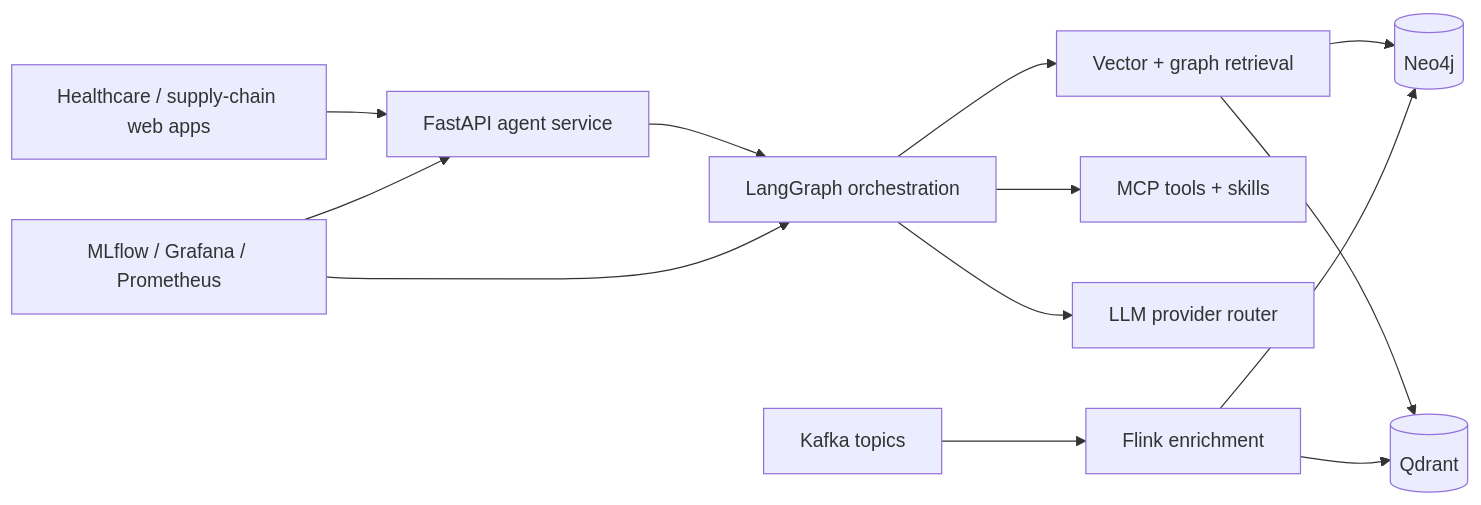
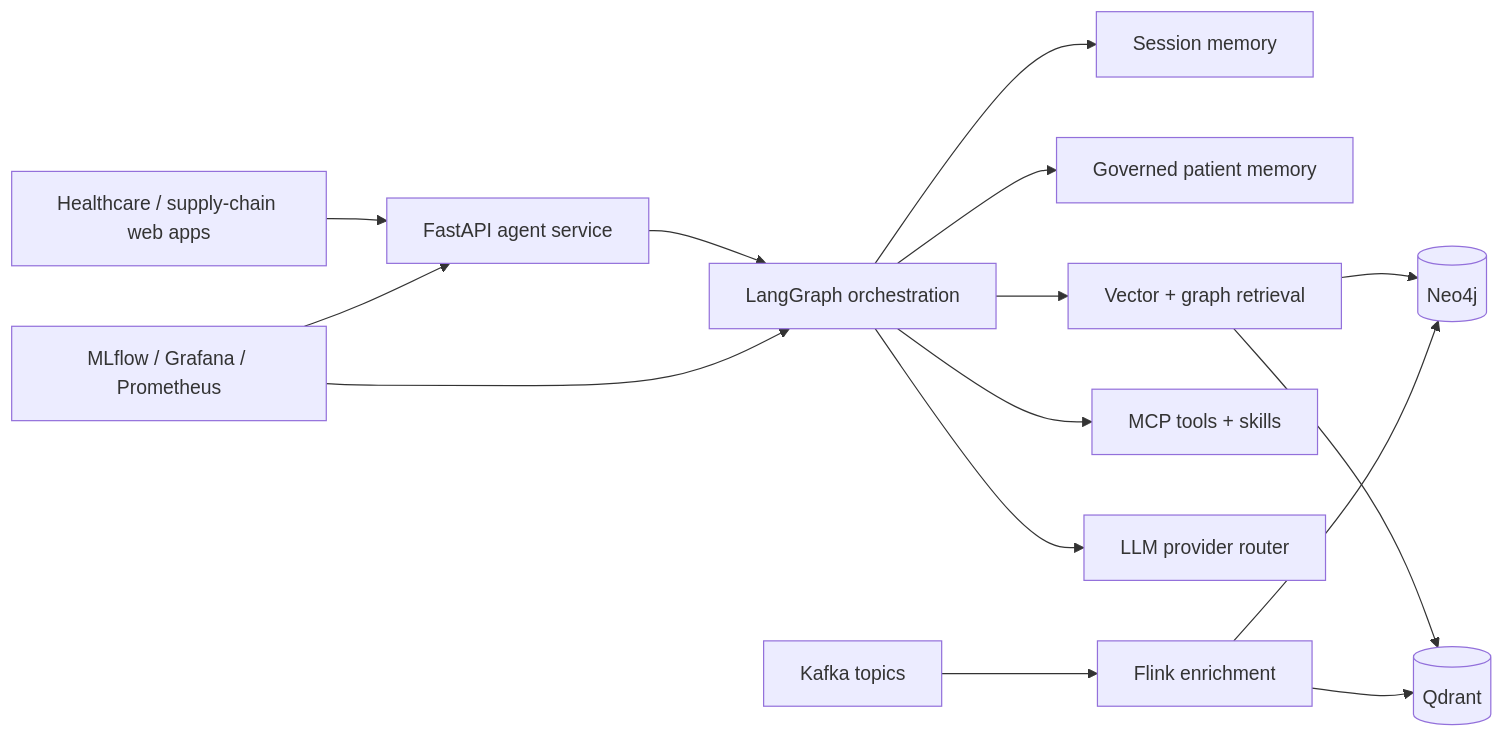
Before and after one commit to wchen-dea/Agentic-AI-Healthcare-GraphRAG: the diagram in README.md, drawn with Mermaid. The commit also changed other lines of this file and 8 other files, not shown here.

Commit message:
PatientMemoryFact

````diff
--- a/README.md
+++ b/README.md
@@ -19,15 +20,17 @@
 ```mermaid
 flowchart LR
     UI[Healthcare / supply-chain web apps] --> API[FastAPI agent service]
     API --> ORCH[LangGraph orchestration]
+    ORCH --> SM[Session memory]
+    ORCH --> PM[Governed patient memory]
     ORCH --> RETR[Vector + graph retrieval]
     RETR --> NEO4J[(Neo4j)]
     RETR --> QDRANT[(Qdrant)]
     ORCH --> MCP[MCP tools + skills]
     ORCH --> GEN[LLM provider router]
     KAFKA[Kafka topics] --> FLINK[Flink enrichment]
     FLINK --> QDRANT
     FLINK --> NEO4J
     MON[MLflow / Grafana / Prometheus] --> API
     MON --> ORCH
 ```
````
